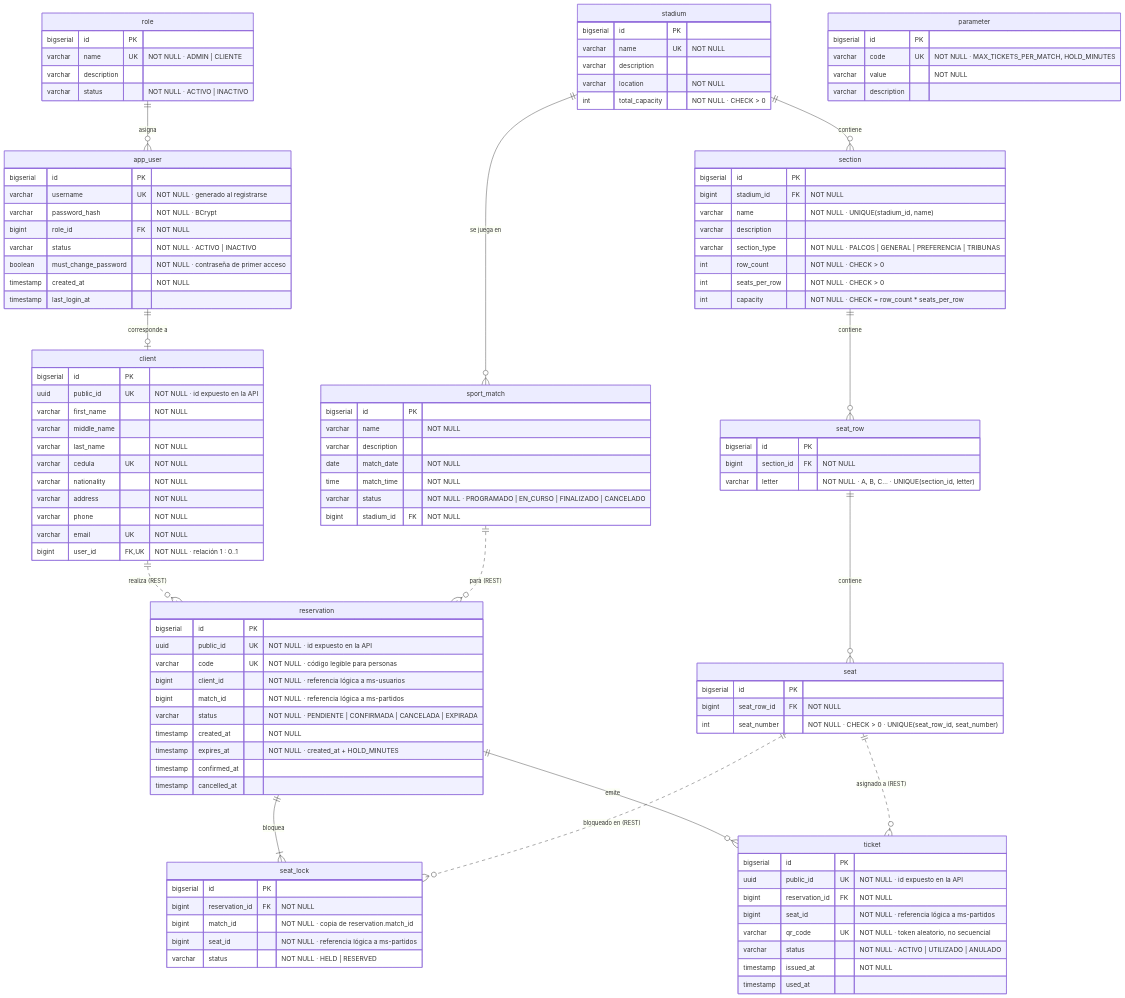
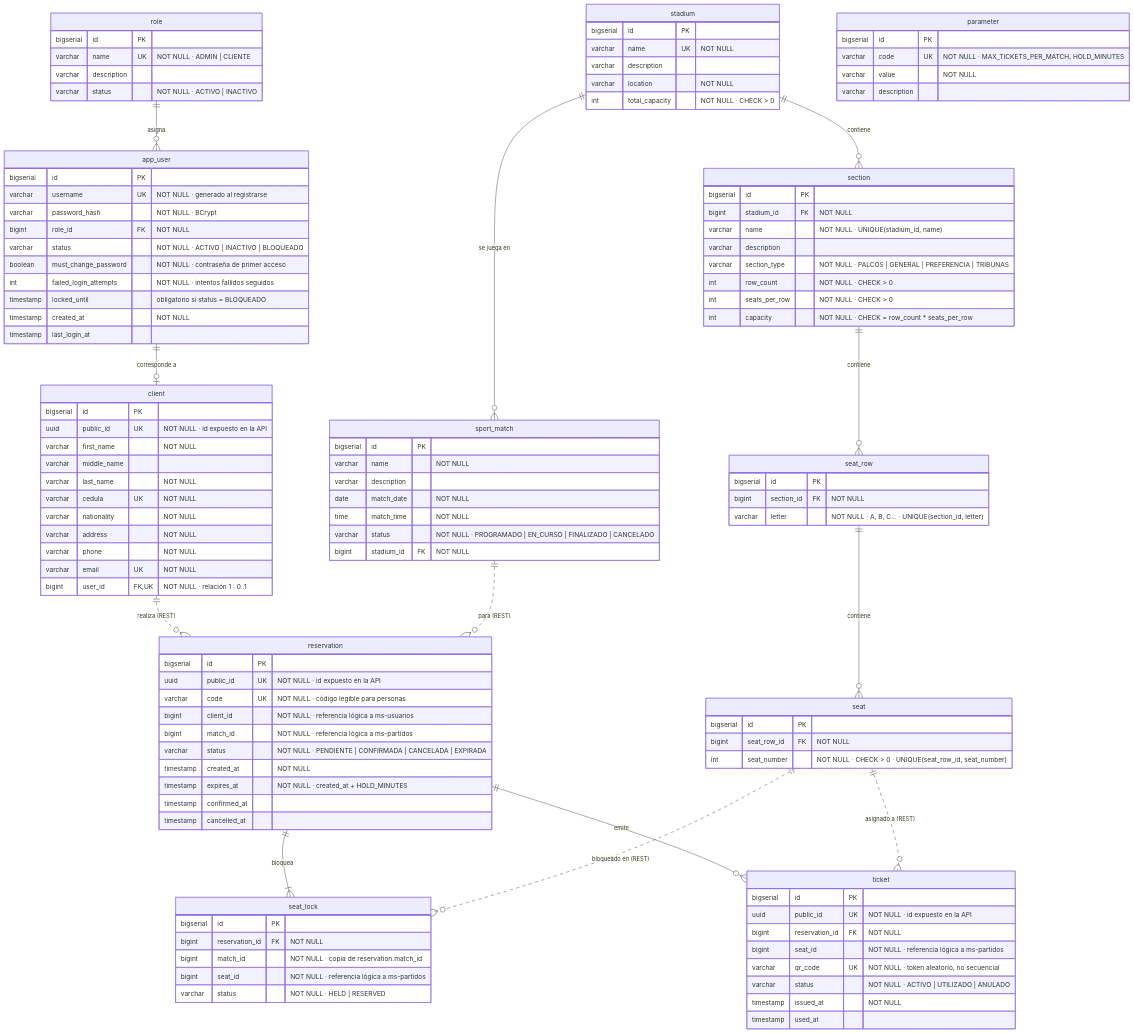
Before and after one commit to JohaGutierrez11/sistema-entradas-deportivas: the diagram in docs/modelo-er/modelo-er.mmd, drawn with Mermaid. The commit also changed 16 other files, not shown here.

```diff
--- a/docs/modelo-er/modelo-er.mmd
+++ b/docs/modelo-er/modelo-er.mmd
@@ -1,113 +1,115 @@
 erDiagram
     role ||--o{ app_user : "asigna"
     app_user ||--o| client : "corresponde a"
     stadium ||--o{ section : "contiene"
     section ||--o{ seat_row : "contiene"
     seat_row ||--o{ seat : "contiene"
     stadium ||--o{ sport_match : "se juega en"
     reservation ||--|{ seat_lock : "bloquea"
     reservation ||--o{ ticket : "emite"
     client ||..o{ reservation : "realiza (REST)"
     sport_match ||..o{ reservation : "para (REST)"
     seat ||..o{ seat_lock : "bloqueado en (REST)"
     seat ||..o{ ticket : "asignado a (REST)"
     role {
         bigserial id PK
         varchar name UK "NOT NULL · ADMIN | CLIENTE"
         varchar description
         varchar status "NOT NULL · ACTIVO | INACTIVO"
     }
     app_user {
         bigserial id PK
         varchar username UK "NOT NULL · generado al registrarse"
         varchar password_hash "NOT NULL · BCrypt"
         bigint role_id FK "NOT NULL"
-        varchar status "NOT NULL · ACTIVO | INACTIVO"
+        varchar status "NOT NULL · ACTIVO | INACTIVO | BLOQUEADO"
         boolean must_change_password "NOT NULL · contraseña de primer acceso"
+        int failed_login_attempts "NOT NULL · intentos fallidos seguidos"
+        timestamp locked_until "obligatorio si status = BLOQUEADO"
         timestamp created_at "NOT NULL"
         timestamp last_login_at
     }
     client {
         bigserial id PK
         uuid public_id UK "NOT NULL · id expuesto en la API"
         varchar first_name "NOT NULL"
         varchar middle_name
         varchar last_name "NOT NULL"
         varchar cedula UK "NOT NULL"
         varchar nationality "NOT NULL"
         varchar address "NOT NULL"
         varchar phone "NOT NULL"
         varchar email UK "NOT NULL"
         bigint user_id FK, UK "NOT NULL · relación 1 : 0..1"
     }
     stadium {
         bigserial id PK
         varchar name UK "NOT NULL"
         varchar description
         varchar location "NOT NULL"
         int total_capacity "NOT NULL · CHECK > 0"
     }
     section {
         bigserial id PK
         bigint stadium_id FK "NOT NULL"
         varchar name "NOT NULL · UNIQUE(stadium_id, name)"
         varchar description
         varchar section_type "NOT NULL · PALCOS | GENERAL | PREFERENCIA | TRIBUNAS"
         int row_count "NOT NULL · CHECK > 0"
         int seats_per_row "NOT NULL · CHECK > 0"
         int capacity "NOT NULL · CHECK = row_count * seats_per_row"
     }
     seat_row {
         bigserial id PK
         bigint section_id FK "NOT NULL"
         varchar letter "NOT NULL · A, B, C… · UNIQUE(section_id, letter)"
     }
     seat {
         bigserial id PK
         bigint seat_row_id FK "NOT NULL"
         int seat_number "NOT NULL · CHECK > 0 · UNIQUE(seat_row_id, seat_number)"
     }
     sport_match {
         bigserial id PK
         varchar name "NOT NULL"
         varchar description
         date match_date "NOT NULL"
         time match_time "NOT NULL"
         varchar status "NOT NULL · PROGRAMADO | EN_CURSO | FINALIZADO | CANCELADO"
         bigint stadium_id FK "NOT NULL"
     }
     parameter {
         bigserial id PK
         varchar code UK "NOT NULL · MAX_TICKETS_PER_MATCH, HOLD_MINUTES"
         varchar value "NOT NULL"
         varchar description
     }
     reservation {
         bigserial id PK
         uuid public_id UK "NOT NULL · id expuesto en la API"
         varchar code UK "NOT NULL · código legible para personas"
         bigint client_id "NOT NULL · referencia lógica a ms-usuarios"
         bigint match_id "NOT NULL · referencia lógica a ms-partidos"
         varchar status "NOT NULL · PENDIENTE | CONFIRMADA | CANCELADA | EXPIRADA"
         timestamp created_at "NOT NULL"
         timestamp expires_at "NOT NULL · created_at + HOLD_MINUTES"
         timestamp confirmed_at
         timestamp cancelled_at
     }
     seat_lock {
         bigserial id PK
         bigint reservation_id FK "NOT NULL"
         bigint match_id "NOT NULL · copia de reservation.match_id"
         bigint seat_id "NOT NULL · referencia lógica a ms-partidos"
         varchar status "NOT NULL · HELD | RESERVED"
     }
     ticket {
         bigserial id PK
         uuid public_id UK "NOT NULL · id expuesto en la API"
         bigint reservation_id FK "NOT NULL"
         bigint seat_id "NOT NULL · referencia lógica a ms-partidos"
         varchar qr_code UK "NOT NULL · token aleatorio, no secuencial"
         varchar status "NOT NULL · ACTIVO | UTILIZADO | ANULADO"
         timestamp issued_at "NOT NULL"
         timestamp used_at
     }
```
